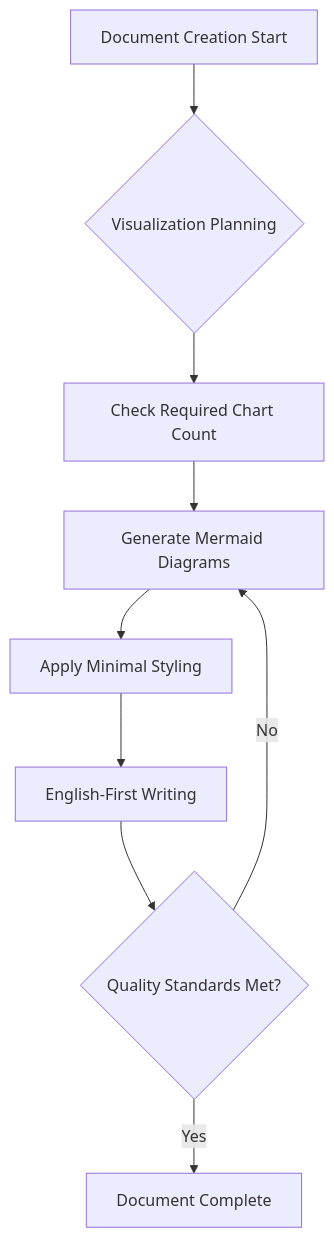
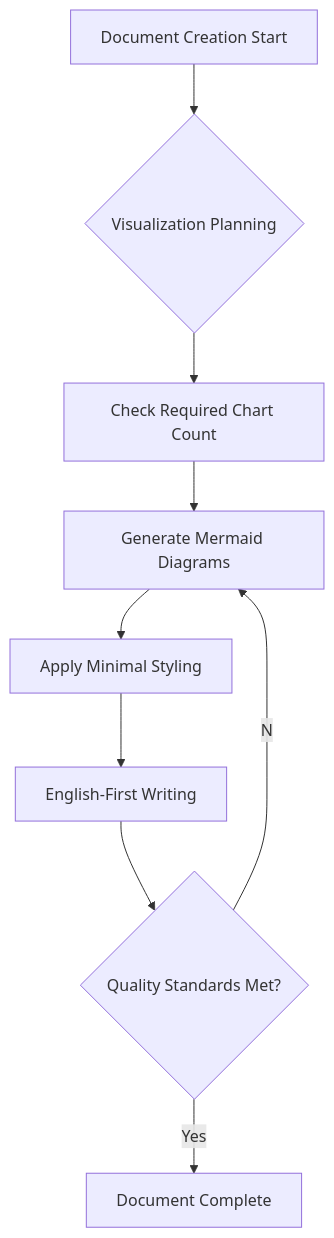
The third of 13 diagrams in docs/user.md (positivemultiplier/posmul), drawn with Mermaid before and after one commit. The commit also changed other lines of this file and 4 other files, not shown here.

````diff
--- a/docs/user.md
+++ b/docs/user.md
@@ -28,11 +94,11 @@
 ```mermaid
 graph TD
-    A[Document Creation Start] --> B{Visualization Planning}
-    B --> C[Check Required Chart Count]
-    C --> D[Generate Mermaid Diagrams]
-    D --> E[Apply Minimal Styling]
-    E --> F[English-First Writing]
-    F --> G{Quality Standards Met?}
-    G -->|Yes| H[Document Complete]
-    G -->|No| D
+    A["Document Creation Start"] --> B{"Visualization Planning"}
+    B --> C["Check Required Chart Count"]
+    C --> D["Generate Mermaid Diagrams"]
+    D --> E["Apply Minimal Styling"]
+    E --> F["English-First Writing"]
+    F --> G{"Quality Standards Met?"}
+    G --Yes--> H["Document Complete"]
+    G --No--> D
 ```
````
